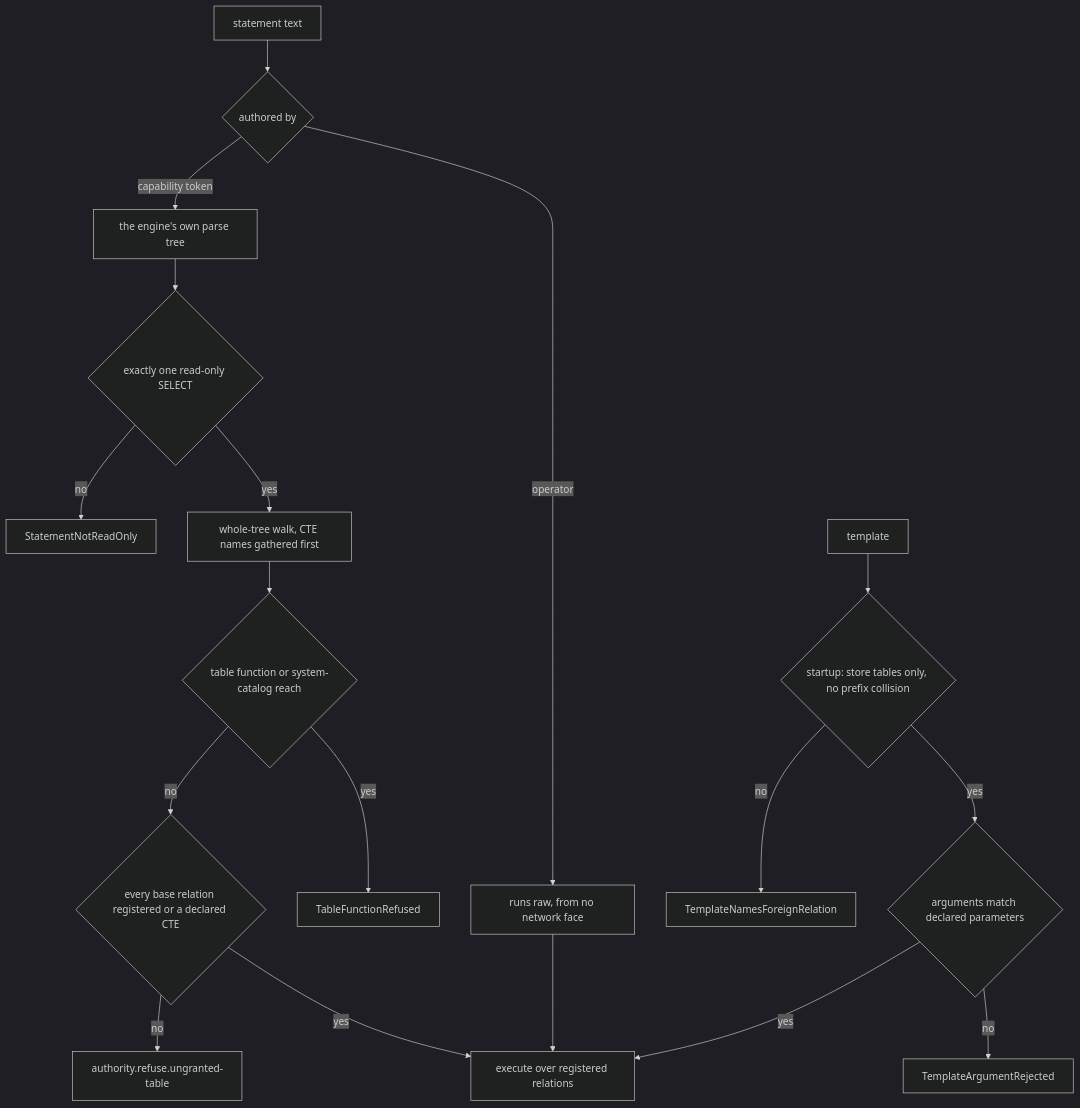
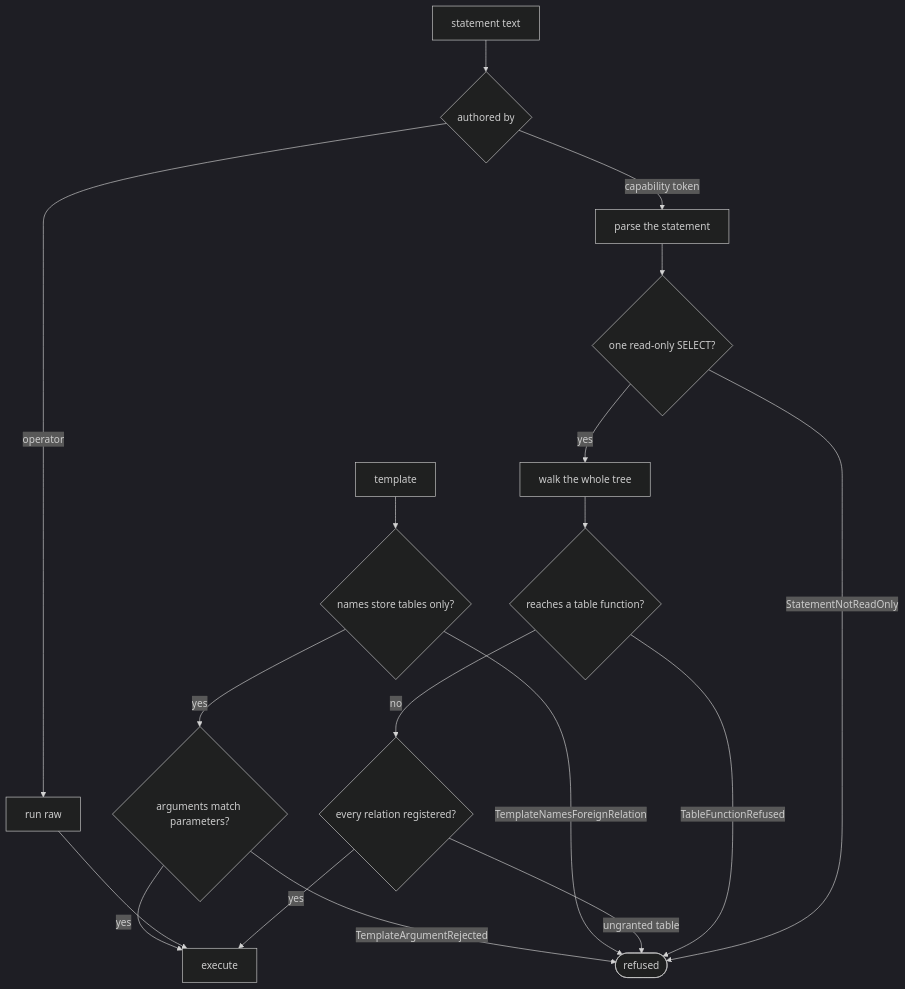
Before and after one commit to fractalboxdev/contextful: the second of 5 diagrams in spec/20-read.md, drawn with Mermaid (dark theme). The commit also changed other lines of this file and 24 other files, not shown here.

First line of the commit message:
spec: every flowchart draws one entity or process per node

````diff
--- a/spec/20-read.md
+++ b/spec/20-read.md
@@ -128,20 +124,20 @@
 ```mermaid
 flowchart TD
   T["statement text"] --> P{"authored by"}
-  P -- "operator" --> RAW["runs raw, from no network face"]
-  P -- "capability token" --> PARSE["the engine's own parse tree"]
-  PARSE --> ONE{"exactly one read-only SELECT"}
-  ONE -- "no" --> E1["StatementNotReadOnly"]
-  ONE -- "yes" --> WALK["whole-tree walk, CTE names gathered first"]
-  WALK --> TF{"table function or system-catalog reach"}
-  TF -- "yes" --> E2["TableFunctionRefused"]
-  TF -- "no" --> REL{"every base relation registered or a declared CTE"}
-  REL -- "no" --> E3["authority.refuse.ungranted-table"]
-  REL -- "yes" --> EXEC["execute over registered relations"]
+  P -- "operator" --> RAW["run raw"]
+  P -- "capability token" --> PARSE["parse the statement"]
+  PARSE --> ONE{"one read-only SELECT?"}
+  ONE -- "StatementNotReadOnly" --> NO(["refused"])
+  ONE -- "yes" --> WALK["walk the whole tree"]
+  WALK --> TF{"reaches a table function?"}
+  TF -- "TableFunctionRefused" --> NO
+  TF -- "no" --> REL{"every relation registered?"}
+  REL -- "ungranted table" --> NO
+  REL -- "yes" --> EXEC["execute"]
   RAW --> EXEC
-  TPL["template"] --> START{"startup: store tables only, no prefix collision"}
-  START -- "no" --> E4["TemplateNamesForeignRelation"]
-  START -- "yes" --> BIND{"arguments match declared parameters"}
-  BIND -- "no" --> E5["TemplateArgumentRejected"]
+  TPL["template"] --> START{"names store tables only?"}
+  START -- "TemplateNamesForeignRelation" --> NO
+  START -- "yes" --> BIND{"arguments match parameters?"}
+  BIND -- "TemplateArgumentRejected" --> NO
   BIND -- "yes" --> EXEC
 ```
````
